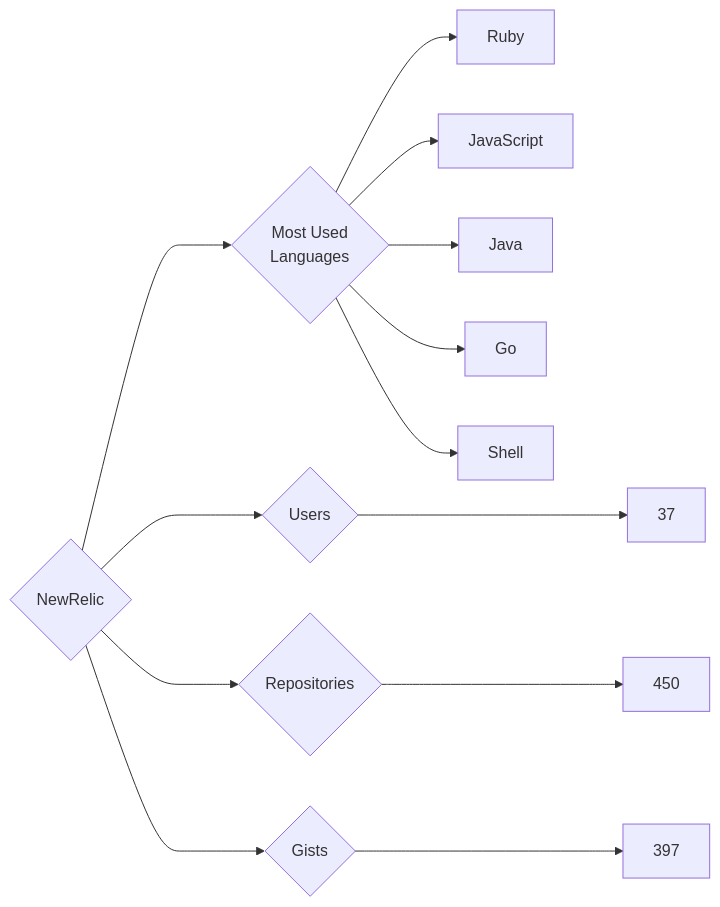
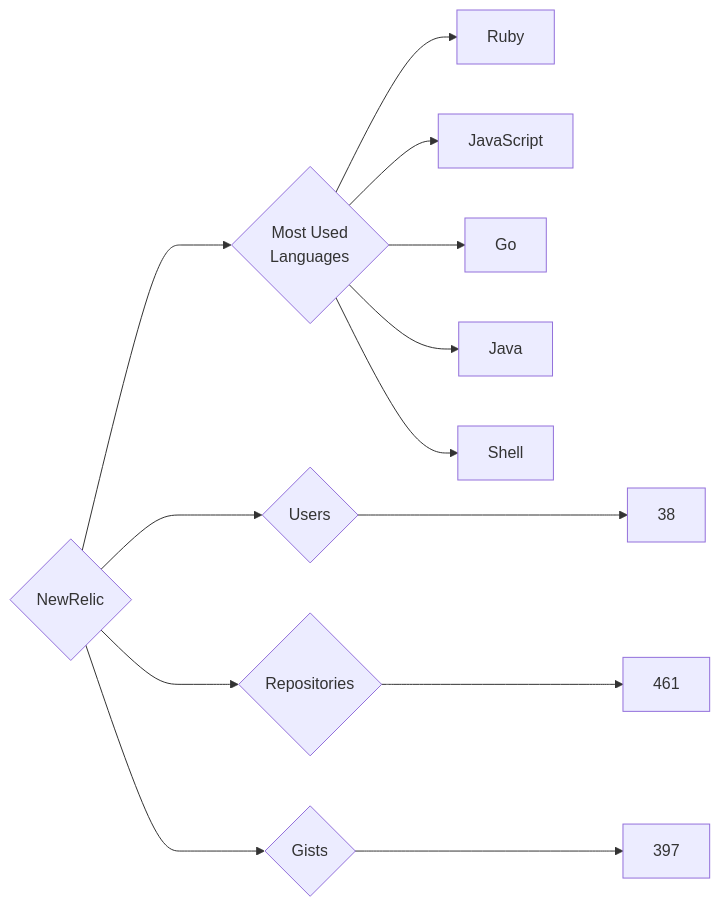
One commit to trickest/insiders changed the diagram in targets/NewRelic/README.md. Above: the diagram before and after it, drawn with Mermaid. The commit also changed 787 other files, not shown here.

````diff
--- a/targets/NewRelic/README.md
+++ b/targets/NewRelic/README.md
@@ -3,13 +3,13 @@
 ```mermaid
 graph LR
 COMPANY_NAME{NewRelic}
-COMPANY_NAME ---> U{Users} ---> UN[37]
-COMPANY_NAME ---> R{Repositories} ---> RN[450]
+COMPANY_NAME ---> U{Users} ---> UN[38]
+COMPANY_NAME ---> R{Repositories} ---> RN[461]
 COMPANY_NAME ---> G{Gists} ---> GN[397]
 COMPANY_NAME ---> ML{Most Used<br>Languages}
 ML --> Ruby[Ruby]
 ML --> JavaScript[JavaScript]
+ML --> Go[Go]
 ML --> Java[Java]
-ML --> Go[Go]
 ML --> Shell[Shell]
 ```
````
